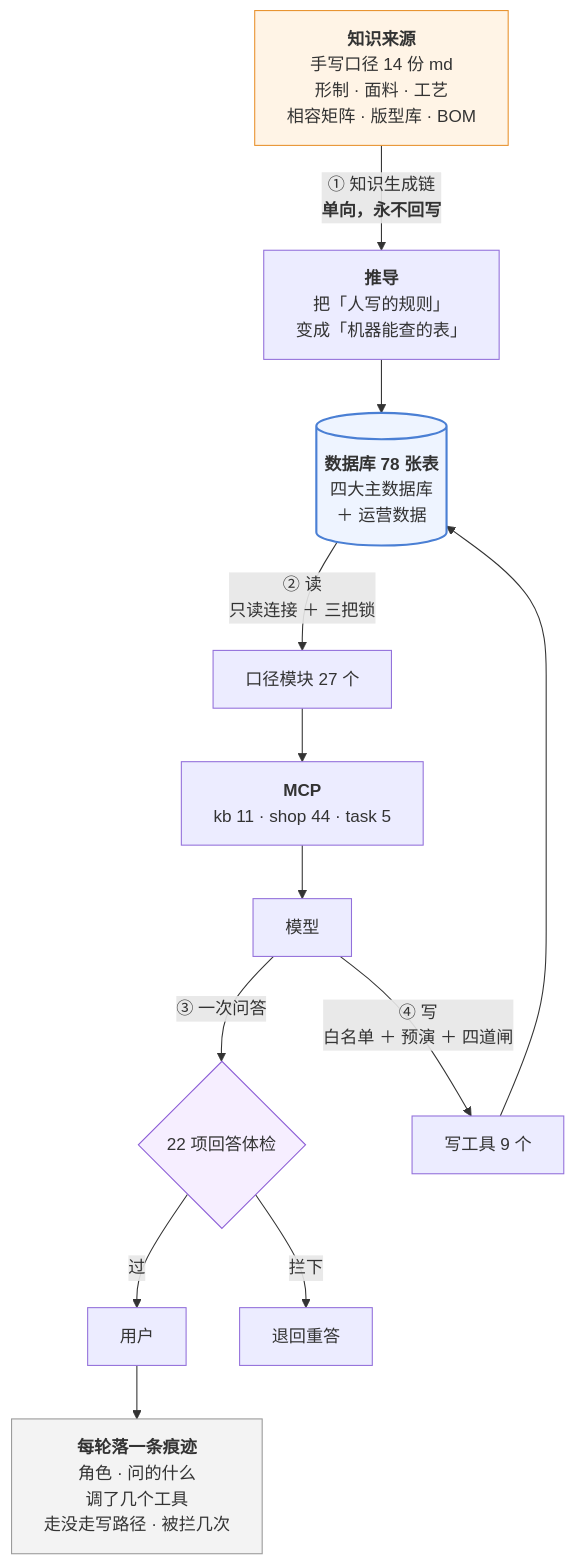
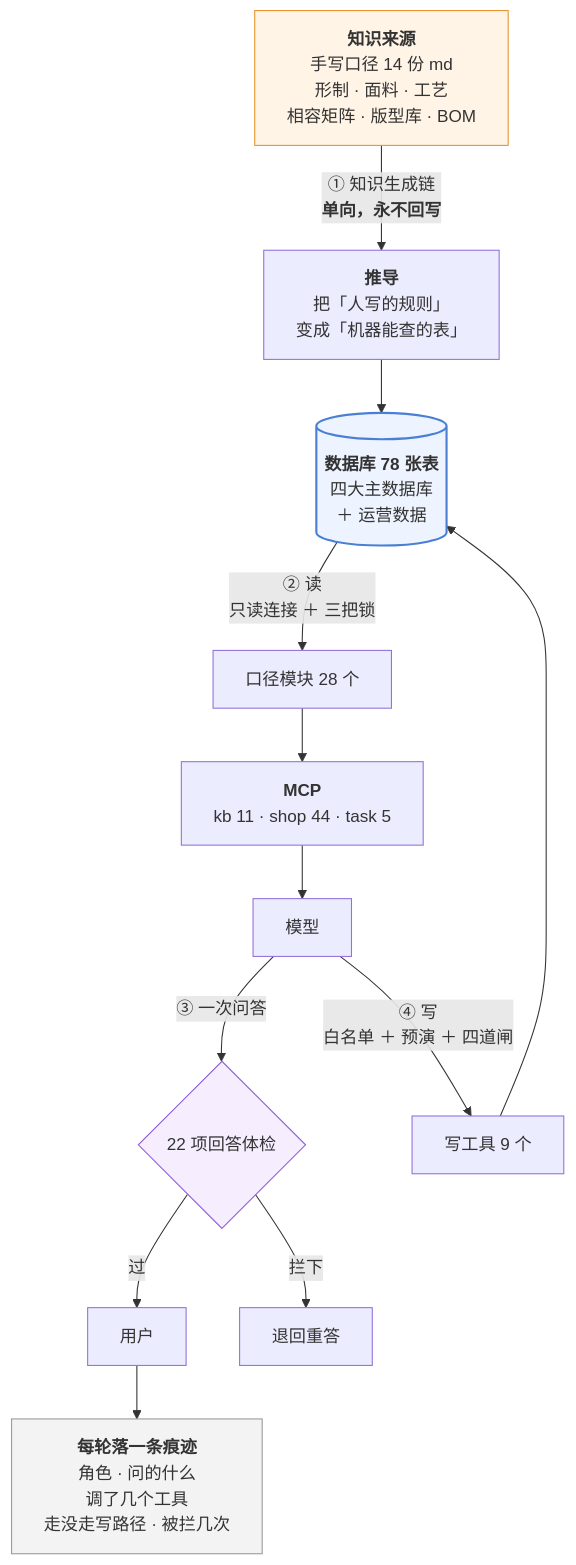
Before and after one commit to 843773296-rgb/lanxiu-yunshang-agent: the third of 3 diagrams in 澜绣云裳agent-产品说明.md, drawn with Mermaid. The commit also changed other lines of this file and 16 other files, not shown here.

````diff
--- a/澜绣云裳agent-产品说明.md
+++ b/澜绣云裳agent-产品说明.md
@@ -801,24 +802,24 @@
 ```mermaid
 flowchart TD
     MD["<b>知识来源</b><br/>手写口径 14 份 md<br/>形制 · 面料 · 工艺<br/>相容矩阵 · 版型库 · BOM"]
     MD -->|"① 知识生成链<br/><b>单向，永不回写</b>"| DV["<b>推导</b><br/>把「人写的规则」<br/>变成「机器能查的表」"]
     DV --> DB[("<b>数据库 78 张表</b><br/>四大主数据库<br/>＋ 运营数据")]
 
-    DB -->|"② 读<br/>只读连接 ＋ 三把锁"| KJ["口径模块 27 个"]
+    DB -->|"② 读<br/>只读连接 ＋ 三把锁"| KJ["口径模块 28 个"]
     KJ --> MCP["<b>MCP</b><br/>kb 11 · shop 44 · task 5"]
     MCP --> LLM["模型"]
 
     LLM -->|"③ 一次问答"| GD{"22 项回答体检"}
     GD -- 过 --> U["用户"]
     GD -- 拦下 --> RE["退回重答"]
 
     LLM -->|"④ 写<br/>白名单 ＋ 预演 ＋ 四道闸"| W["写工具 9 个"]
     W --> DB
 
     U --> TR["<b>每轮落一条痕迹</b><br/>角色 · 问的什么<br/>调了几个工具<br/>走没走写路径 · 被拦几次"]
 
     style MD fill:#fff4e6,stroke:#e8912d
     style DB fill:#eef4ff,stroke:#4a7fd4,stroke-width:2px
     style GD fill:#f6eeff,stroke:#8b5cd6
     style TR fill:#f3f3f3,stroke:#999
 ```
````
